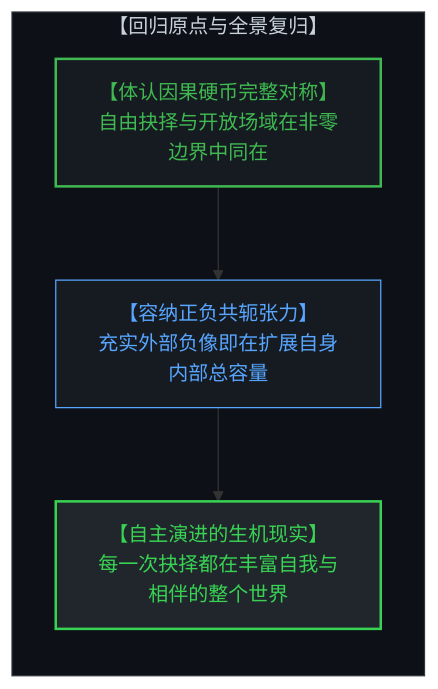
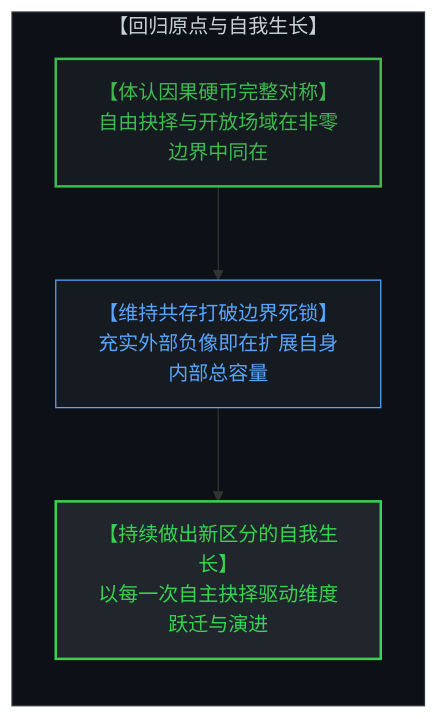
One commit to powerpig99/not-a-toe changed the sixth of 6 diagrams in content/posts/the-geometry-of-coexistence-and-the-dual-cut.md. Above: the diagram before and after it, drawn with Mermaid. The commit also changed other lines of this file and 3 other files, not shown here.

Commit message:
Integrate boundary deadlock dynamics and self-growth via continuous distinction into Post 312

````diff
--- a/content/posts/the-geometry-of-coexistence-and-the-dual-cut.md
+++ b/content/posts/the-geometry-of-coexistence-and-the-dual-cut.md
@@ -204,15 +206,15 @@
 ```mermaid
 graph TD
-    subgraph GenerativeTension["【回归原点与全景复归】"]
+    subgraph GenerativeTension["【回归原点与自我生长】"]
         direction TB
         RecognizeCoPresence["【体认因果硬币完整对称】<br>自由抉择与开放场域在非零边界中同在"]
-        HoldLivingTension["【容纳正负共轭张力】<br>充实外部负像即在扩展自身内部总容量"]
-        EvolvingReality["【自主演进的生机现实】<br>每一次抉择都在丰富自我与相伴的整个世界"]
-        RecognizeCoPresence --> HoldLivingTension
-        HoldLivingTension --> EvolvingReality
+        MaintainCoexistence["【维持共存打破边界死锁】<br>充实外部负像即在扩展自身内部总容量"]
+        ContinuousDistinction["【持续做出新区分的自我生长】<br>以每一次自主抉择驱动维度跃迁与演进"]
+        RecognizeCoPresence --> MaintainCoexistence
+        MaintainCoexistence --> ContinuousDistinction
     end
     style GenerativeTension fill:#0d1117,stroke:#30363d,stroke-width:1px,color:#c9d1d9
     style RecognizeCoPresence fill:#161b22,stroke:#3fb950,stroke-width:2px,color:#3fb950
-    style HoldLivingTension fill:#161b22,stroke:#58a6ff,stroke-width:1px,color:#58a6ff
-    style EvolvingReality fill:#21262d,stroke:#39d353,stroke-width:2px,color:#39d353
+    style MaintainCoexistence fill:#161b22,stroke:#58a6ff,stroke-width:1px,color:#58a6ff
+    style ContinuousDistinction fill:#21262d,stroke:#39d353,stroke-width:2px,color:#39d353
 ```
````
